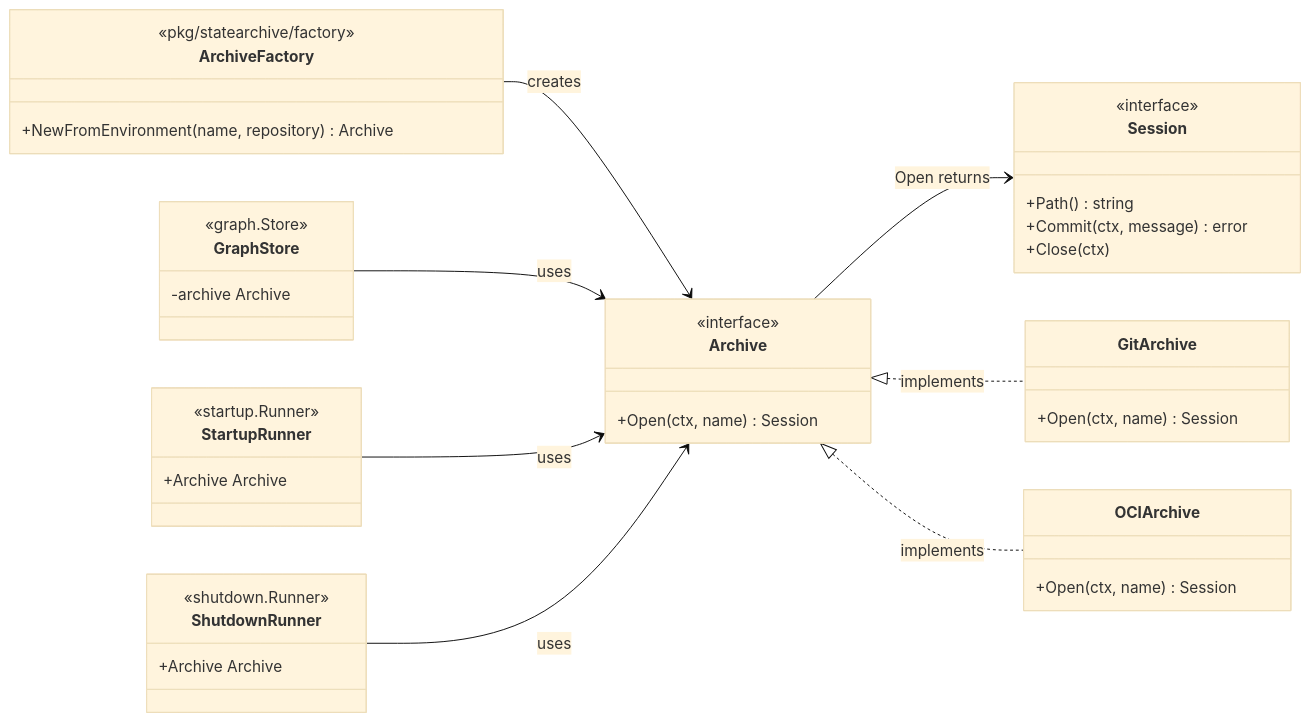
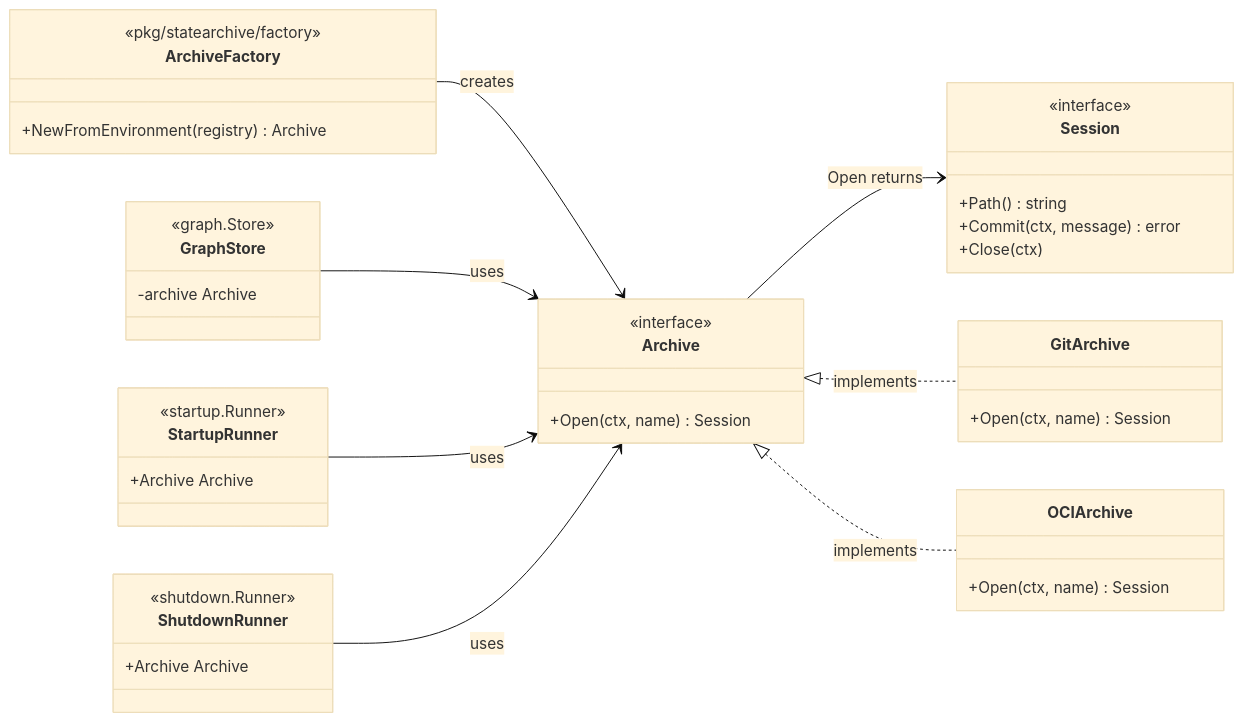
One commit to radius-project/radius changed the second of 3 diagrams in eng/design-notes/architecture/2026-07-oci-ghcr-state-archive.md. Above: the diagram before and after it, drawn with Mermaid (base theme).

Commit message:
Potential fix for pull request finding

````diff
--- a/eng/design-notes/architecture/2026-07-oci-ghcr-state-archive.md
+++ b/eng/design-notes/architecture/2026-07-oci-ghcr-state-archive.md
@@ -79,45 +79,45 @@
 ```mermaid
 classDiagram
     direction LR
 
     class Archive {
         <<interface>>
         +Open(ctx, name) Session
     }
     class Session {
         <<interface>>
         +Path() string
         +Commit(ctx, message) error
         +Close(ctx)
     }
     class GitArchive {
         +Open(ctx, name) Session
     }
     class OCIArchive {
         +Open(ctx, name) Session
     }
     class ArchiveFactory {
         <<pkg/statearchive/factory>>
-        +NewFromEnvironment(name, repository) Archive
+        +NewFromEnvironment(registry) Archive
     }
     class GraphStore {
         <<graph.Store>>
         -archive Archive
     }
     class StartupRunner {
         <<startup.Runner>>
         +Archive Archive
     }
     class ShutdownRunner {
         <<shutdown.Runner>>
         +Archive Archive
     }
 
     Archive --> Session : Open returns
     Archive <|.. GitArchive : implements
     Archive <|.. OCIArchive : implements
     ArchiveFactory --> Archive : creates
     GraphStore --> Archive : uses
     StartupRunner --> Archive : uses
     ShutdownRunner --> Archive : uses
 ```
````
